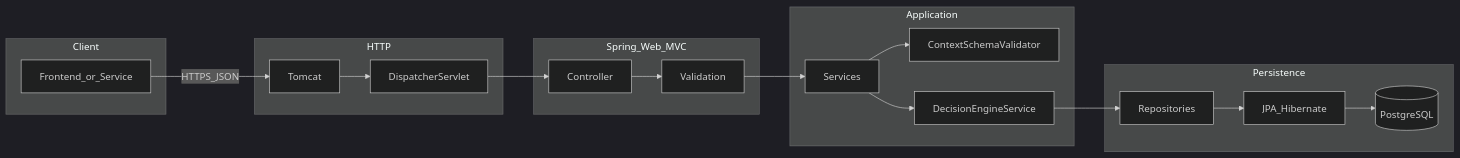
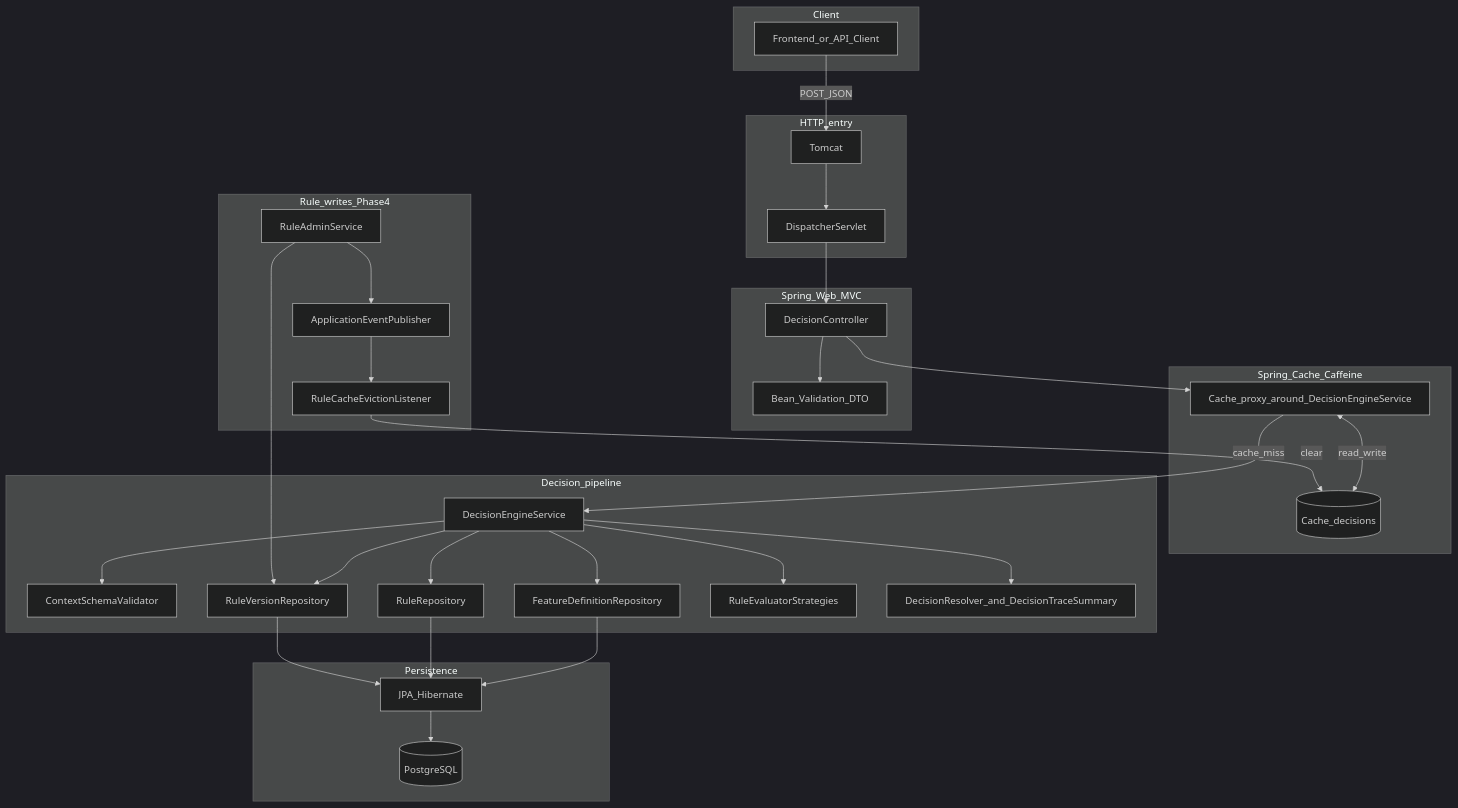
The first of 3 diagrams in docs/mentoring/backend-foundations-and-request-flow.md (ManoharChaudhary/valut), drawn with Mermaid (dark theme) before and after one commit. The commit also changed other lines of this file and 2 other files, not shown here.

First line of the commit message:
docs: refresh mentoring for completed backend and full-flow review

````diff
--- a/docs/mentoring/backend-foundations-and-request-flow.md
+++ b/docs/mentoring/backend-foundations-and-request-flow.md
@@ -17,39 +21,64 @@
 ```mermaid
-flowchart LR
+flowchart TB
   subgraph client [Client]
-    FE[Frontend_or_Service]
+    FE[Frontend_or_API_Client]
   end
 
-  subgraph transport [HTTP]
+  subgraph http [HTTP_entry]
     TC[Tomcat]
     DS[DispatcherServlet]
   end
 
-  subgraph web [Spring_Web_MVC]
-    C[Controller]
-    V[Validation]
+  subgraph mvc [Spring_Web_MVC]
+    DC[DecisionController]
+    BV[Bean_Validation_DTO]
   end
 
-  subgraph domain [Application]
-    S[Services]
-    VAL[ContextSchemaValidator]
-    E[DecisionEngineService]
+  subgraph cache_layer [Spring_Cache_Caffeine]
+    PROXY[Cache_proxy_around_DecisionEngineService]
+    CAF[(Cache_decisions)]
+  end
+
+  subgraph engine [Decision_pipeline]
+    DES[DecisionEngineService]
+    CSV[ContextSchemaValidator]
+    FDR[FeatureDefinitionRepository]
+    RR[RuleRepository]
+    RVR[RuleVersionRepository]
+    STR[RuleEvaluatorStrategies]
+    RES[DecisionResolver_and_DecisionTraceSummary]
+  end
+
+  subgraph mutations [Rule_writes_Phase4]
+    RAS[RuleAdminService]
+    PUB[ApplicationEventPublisher]
+    LST[RuleCacheEvictionListener]
   end
 
   subgraph data [Persistence]
-    R[Repositories]
     JPA[JPA_Hibernate]
     PG[(PostgreSQL)]
   end
 
-  FE -->|HTTPS_JSON| TC
+  FE -->|POST_JSON| TC
   TC --> DS
-  DS --> C
-  C --> V
-  V --> S
-  S --> VAL
-  S --> E
-  E --> R
-  R --> JPA
+  DS --> DC
+  DC --> BV
+  DC --> PROXY
+  PROXY -->|cache_miss| DES
+  PROXY <-->|read_write| CAF
+  DES --> CSV
+  DES --> FDR
+  DES --> RR
+  DES --> RVR
+  DES --> STR
+  DES --> RES
+  FDR --> JPA
+  RR --> JPA
+  RVR --> JPA
   JPA --> PG
+  RAS --> RVR
+  RAS --> PUB
+  PUB --> LST
+  LST -->|clear| CAF
 ```
````
